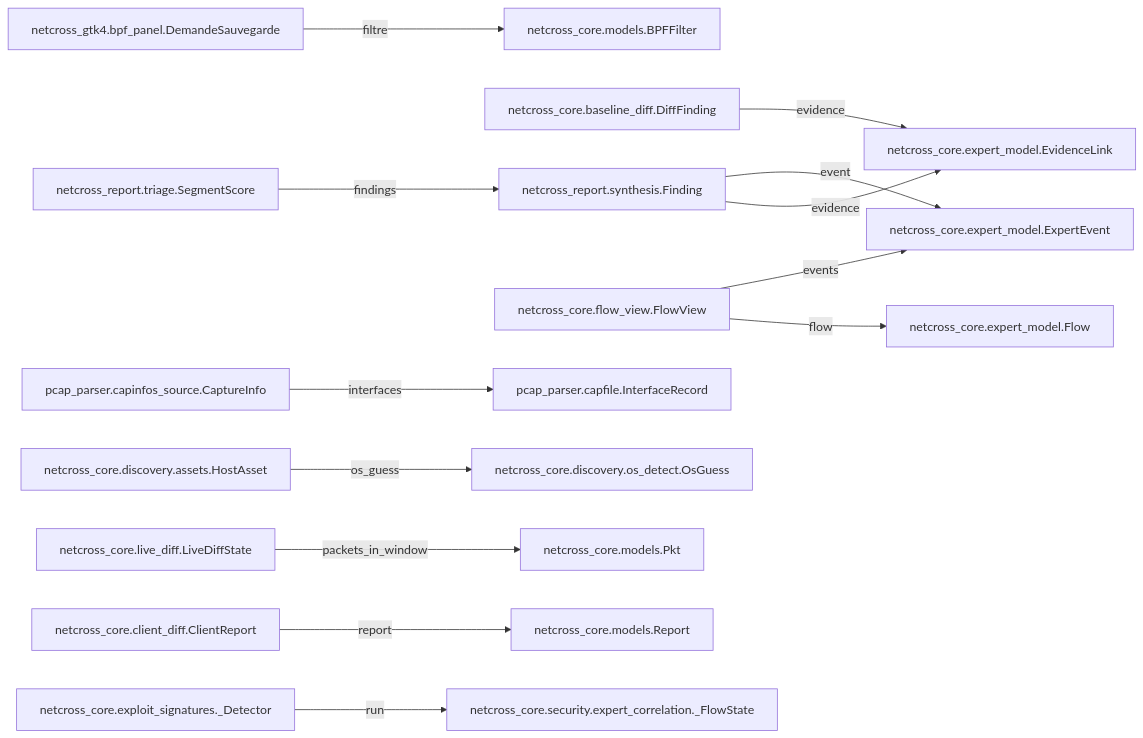
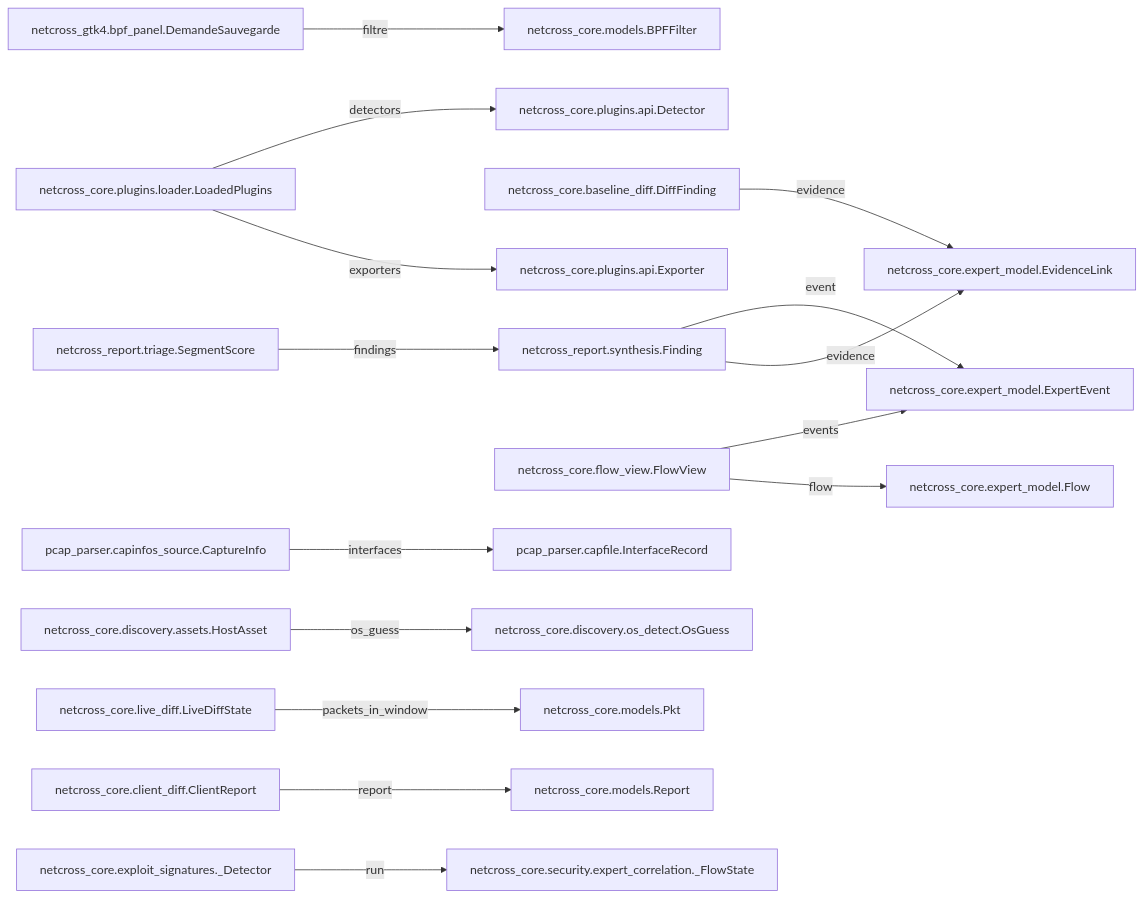
Before and after one commit to MathildeDec/Netcross: the second of 17 diagrams in docs/class-diagram.md, drawn with Mermaid. The commit also changed other lines of this file and 14 other files, not shown here.

````diff
--- a/docs/class-diagram.md
+++ b/docs/class-diagram.md
@@ -51,34 +51,39 @@
 ```mermaid
 flowchart LR
     BPFFilter["netcross_core.models.BPFFilter"]
     CaptureInfo["pcap_parser.capinfos_source.CaptureInfo"]
     ClientReport["netcross_core.client_diff.ClientReport"]
     DemandeSauvegarde["netcross_gtk4.bpf_panel.DemandeSauvegarde"]
+    Detector["netcross_core.plugins.api.Detector"]
     DiffFinding["netcross_core.baseline_diff.DiffFinding"]
     EvidenceLink["netcross_core.expert_model.EvidenceLink"]
     ExpertEvent["netcross_core.expert_model.ExpertEvent"]
+    Exporter["netcross_core.plugins.api.Exporter"]
     Finding["netcross_report.synthesis.Finding"]
     FlowView["netcross_core.flow_view.FlowView"]
     Flow["netcross_core.expert_model.Flow"]
     HostAsset["netcross_core.discovery.assets.HostAsset"]
     InterfaceRecord["pcap_parser.capfile.InterfaceRecord"]
     LiveDiffState["netcross_core.live_diff.LiveDiffState"]
+    LoadedPlugins["netcross_core.plugins.loader.LoadedPlugins"]
     OsGuess["netcross_core.discovery.os_detect.OsGuess"]
     Pkt["netcross_core.models.Pkt"]
     Report["netcross_core.models.Report"]
     SegmentScore["netcross_report.triage.SegmentScore"]
     _Detector["netcross_core.exploit_signatures._Detector"]
     netcross_core_security_expert_correlation__FlowState["netcross_core.security.expert_correlation._FlowState"]
     CaptureInfo -->|interfaces| InterfaceRecord
     ClientReport -->|report| Report
     DemandeSauvegarde -->|filtre| BPFFilter
     DiffFinding -->|evidence| EvidenceLink
     Finding -->|event| ExpertEvent
     Finding -->|evidence| EvidenceLink
     FlowView -->|events| ExpertEvent
     FlowView -->|flow| Flow
     HostAsset -->|os_guess| OsGuess
     LiveDiffState -->|packets_in_window| Pkt
+    LoadedPlugins -->|detectors| Detector
+    LoadedPlugins -->|exporters| Exporter
     SegmentScore -->|findings| Finding
     _Detector -->|run| netcross_core_security_expert_correlation__FlowState
 ```
````
